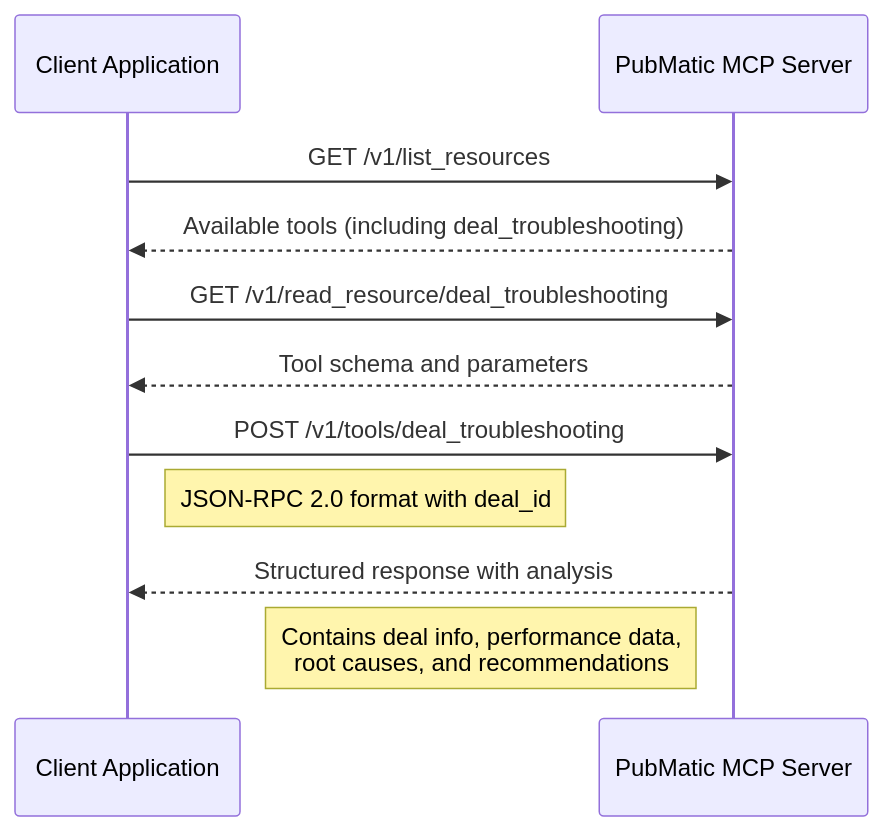
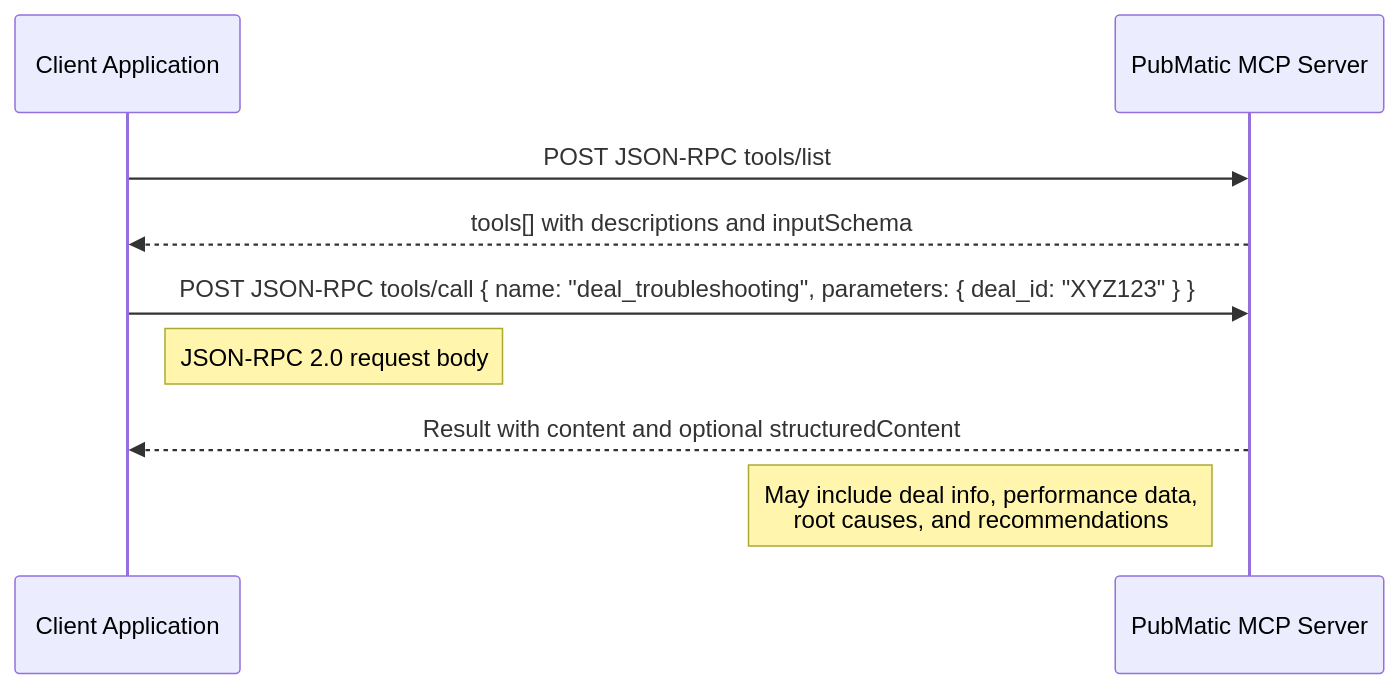
One commit to PubMatic/pubmatic-mcp-server changed the third of 3 diagrams in Deal Management/README.md. Above: the diagram before and after it, drawn with Mermaid. The commit also changed other lines of this file and 2 other files, not shown here.

Commit message:
Added auction packages to deal management. changed resources to tools for better clarity and workflow.

````diff
--- a/Deal Management/README.md
+++ b/Deal Management/README.md
@@ -205,17 +240,14 @@
 ```mermaid
 sequenceDiagram
     participant Client as Client Application
     participant MCP as PubMatic MCP Server
     
-    Client->>MCP: GET /v1/list_resources
-    MCP-->>Client: Available tools (including deal_troubleshooting)
+    Client->>MCP: POST JSON-RPC tools/list
+    MCP-->>Client: tools[] with descriptions and inputSchema
     
-    Client->>MCP: GET /v1/read_resource/deal_troubleshooting
-    MCP-->>Client: Tool schema and parameters
+    Client->>MCP: POST JSON-RPC tools/call { name: "deal_troubleshooting", parameters: { deal_id: "XYZ123" } }
+    Note right of Client: JSON-RPC 2.0 request body
     
-    Client->>MCP: POST /v1/tools/deal_troubleshooting
-    Note right of Client: JSON-RPC 2.0 format with deal_id
-    
-    MCP-->>Client: Structured response with analysis
-    Note left of MCP: Contains deal info, performance data,<br/>root causes, and recommendations
+    MCP-->>Client: Result with content and optional structuredContent
+    Note left of MCP: May include deal info, performance data,<br/>root causes, and recommendations
 ```
````
